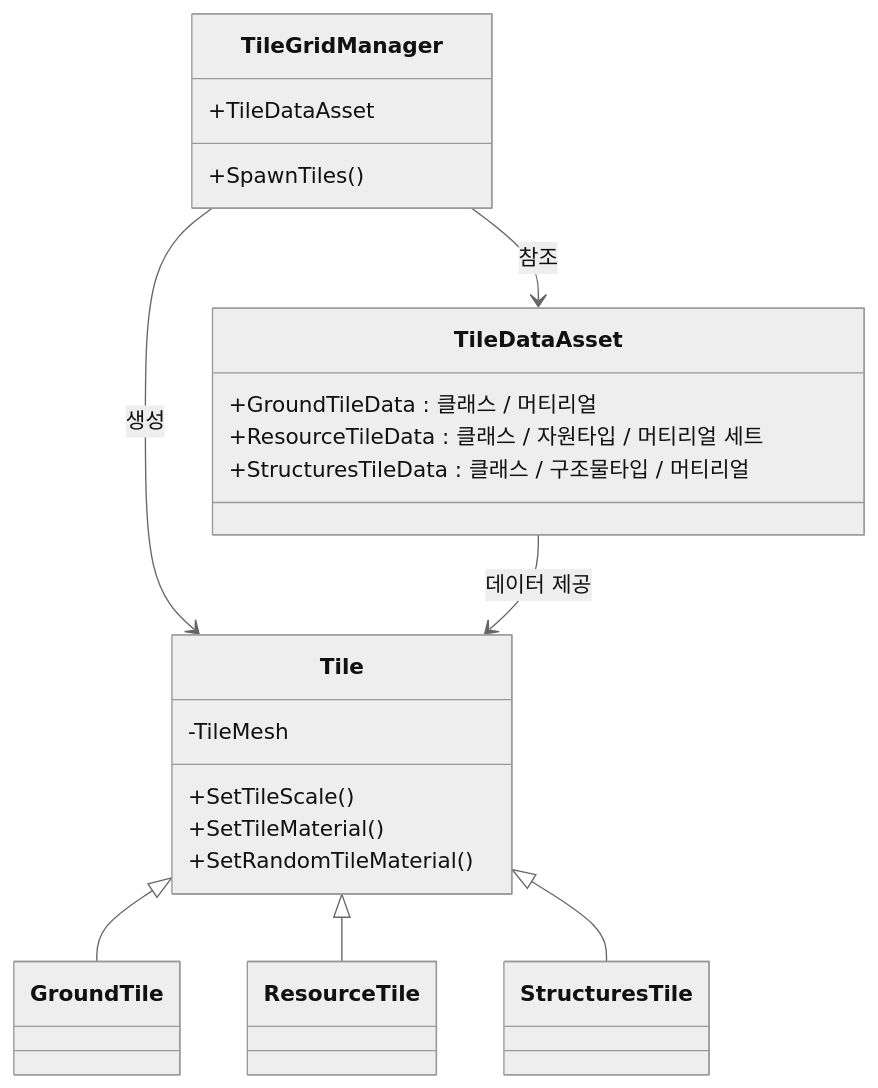
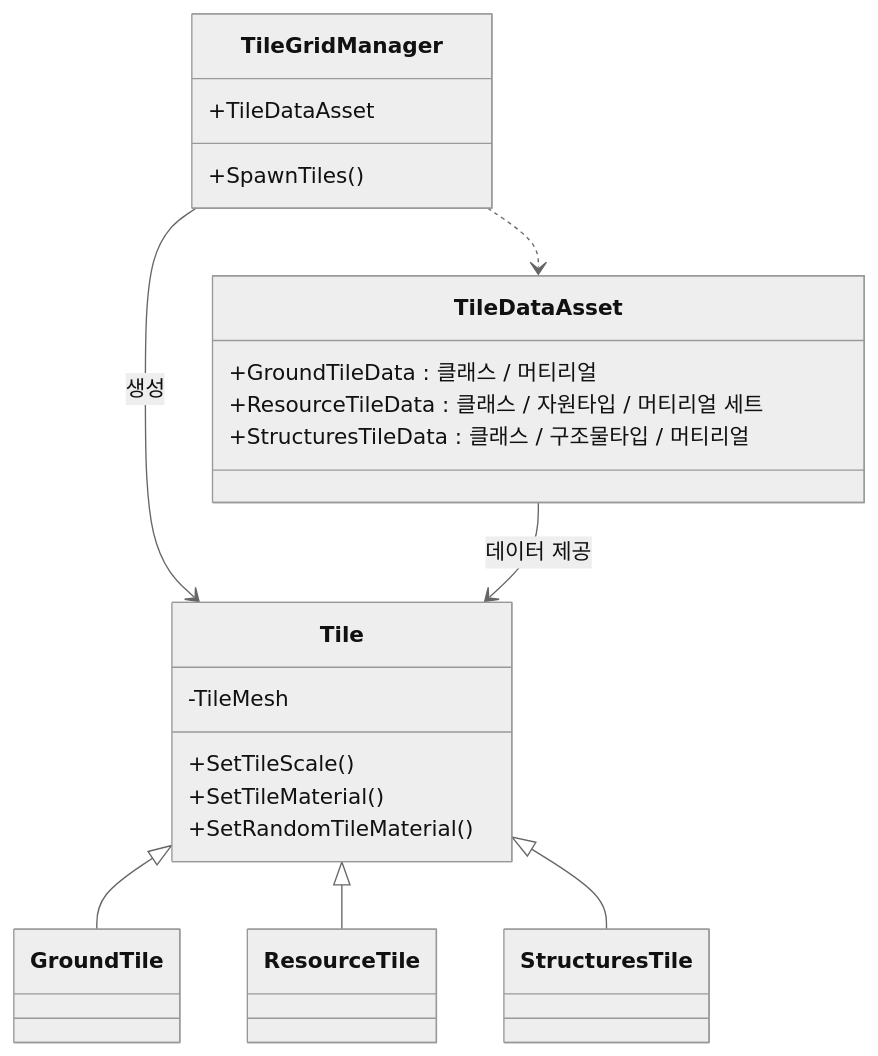
Before and after one commit to WJMcode/Project_CavesBasic: the first of 4 diagrams in README.md, drawn with Mermaid (neutral theme).

````diff
--- a/README.md
+++ b/README.md
@@ -1,28 +1,28 @@
 ```mermaid
 classDiagram
     class TileGridManager {
         +TileDataAsset
         +SpawnTiles()
     }
     class TileDataAsset {
         +GroundTileData : 클래스 / 머티리얼
         +ResourceTileData : 클래스 / 자원타입 / 머티리얼 세트
         +StructuresTileData : 클래스 / 구조물타입 / 머티리얼
     }
     class Tile {
         -TileMesh
         +SetTileScale()
         +SetTileMaterial()
         +SetRandomTileMaterial()
     }
     class GroundTile
     class ResourceTile
     class StructuresTile
 
-    TileGridManager --> TileDataAsset : 참조
+    TileGridManager ..> TileDataAsset
     TileGridManager --> Tile : 생성
     TileDataAsset --> Tile : 데이터 제공
     Tile <|-- GroundTile
     Tile <|-- ResourceTile
     Tile <|-- StructuresTile
 ```
````
